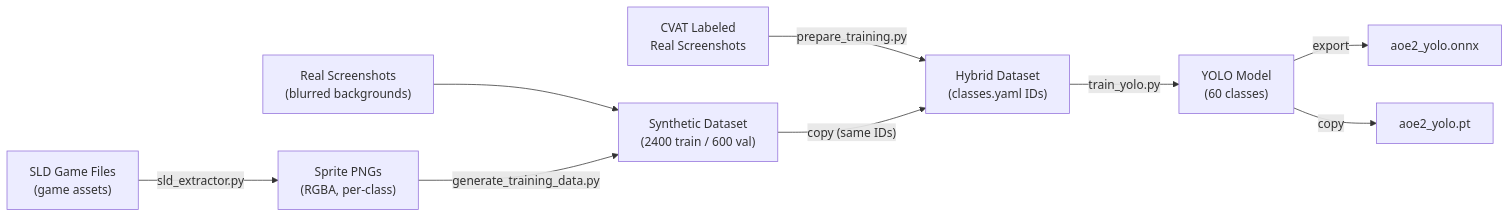
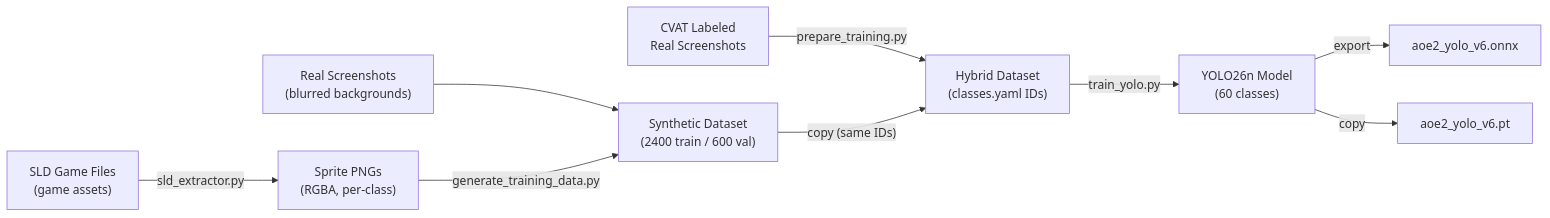
The diagram in docs/part3-entity-detection/08-training-pipeline.md (dobosmarton/aoe2-agent), drawn with Mermaid before and after one commit. The commit also changed other lines of this file and 10 other files, not shown here.

````diff
--- a/docs/part3-entity-detection/08-training-pipeline.md
+++ b/docs/part3-entity-detection/08-training-pipeline.md
@@ -13,11 +13,11 @@
 ```mermaid
 flowchart LR
     SLD["SLD Game Files<br/>(game assets)"] -->|sld_extractor.py| PNG["Sprite PNGs<br/>(RGBA, per-class)"]
     BG["Real Screenshots<br/>(blurred backgrounds)"] --> GEN
     PNG -->|generate_training_data.py| GEN["Synthetic Dataset<br/>(2400 train / 600 val)"]
     CVAT["CVAT Labeled<br/>Real Screenshots"] -->|prepare_training.py| MERGE["Hybrid Dataset<br/>(classes.yaml IDs)"]
     GEN -->|"copy (same IDs)"| MERGE
-    MERGE -->|train_yolo.py| MODEL["YOLO Model<br/>(60 classes)"]
-    MODEL -->|export| ONNX["aoe2_yolo.onnx"]
-    MODEL -->|copy| PT["aoe2_yolo.pt"]
+    MERGE -->|train_yolo.py| MODEL["YOLO26n Model<br/>(60 classes)"]
+    MODEL -->|export| ONNX["aoe2_yolo_v6.onnx"]
+    MODEL -->|copy| PT["aoe2_yolo_v6.pt"]
 ```
````
